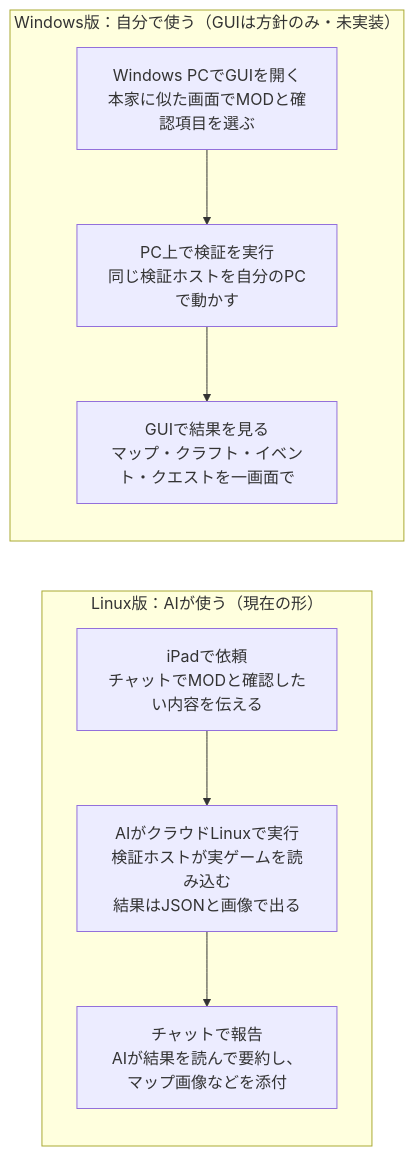
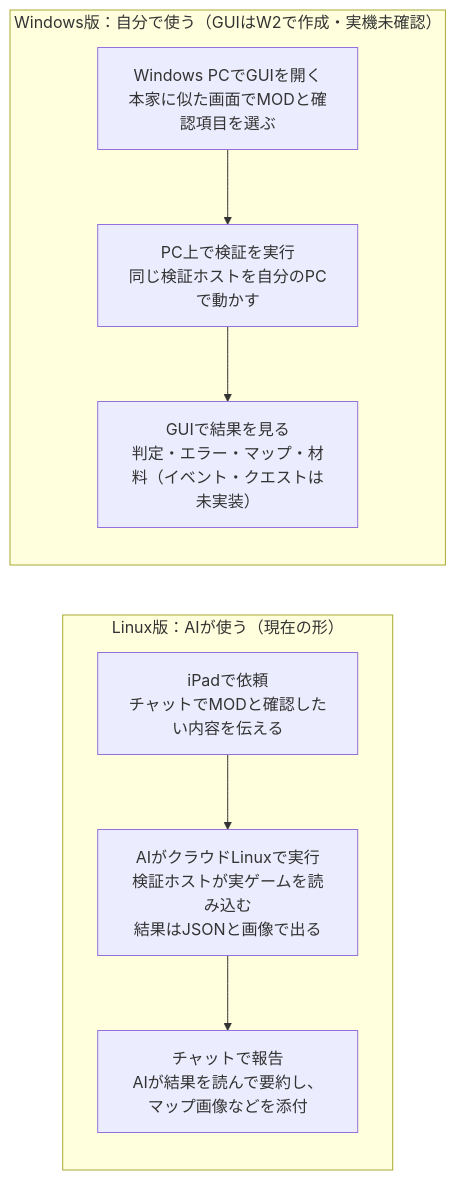
The diagram in docs/roadmap/finished-product.md (pengin0503/RimWorld-for-mod-test), drawn with Mermaid before and after one commit. The commit also changed other lines of this file and 4 other files, not shown here.

````diff
--- a/docs/roadmap/finished-product.md
+++ b/docs/roadmap/finished-product.md
@@ -15,9 +15,9 @@
 ```mermaid
 flowchart LR
   subgraph linux["Linux版：AIが使う（現在の形）"]
     A1["iPadで依頼<br/>チャットでMODと確認したい内容を伝える"] --> A2["AIがクラウドLinuxで実行<br/>検証ホストが実ゲームを読み込む<br/>結果はJSONと画像で出る"] --> A3["チャットで報告<br/>AIが結果を読んで要約し、マップ画像などを添付"]
   end
-  subgraph windows["Windows版：自分で使う（GUIは方針のみ・未実装）"]
-    B1["Windows PCでGUIを開く<br/>本家に似た画面でMODと確認項目を選ぶ"] --> B2["PC上で検証を実行<br/>同じ検証ホストを自分のPCで動かす"] --> B3["GUIで結果を見る<br/>マップ・クラフト・イベント・クエストを一画面で"]
+  subgraph windows["Windows版：自分で使う（GUIはW2で作成・実機未確認）"]
+    B1["Windows PCでGUIを開く<br/>本家に似た画面でMODと確認項目を選ぶ"] --> B2["PC上で検証を実行<br/>同じ検証ホストを自分のPCで動かす"] --> B3["GUIで結果を見る<br/>判定・エラー・マップ・材料（イベント・クエストは未実装）"]
   end
 ```
````
